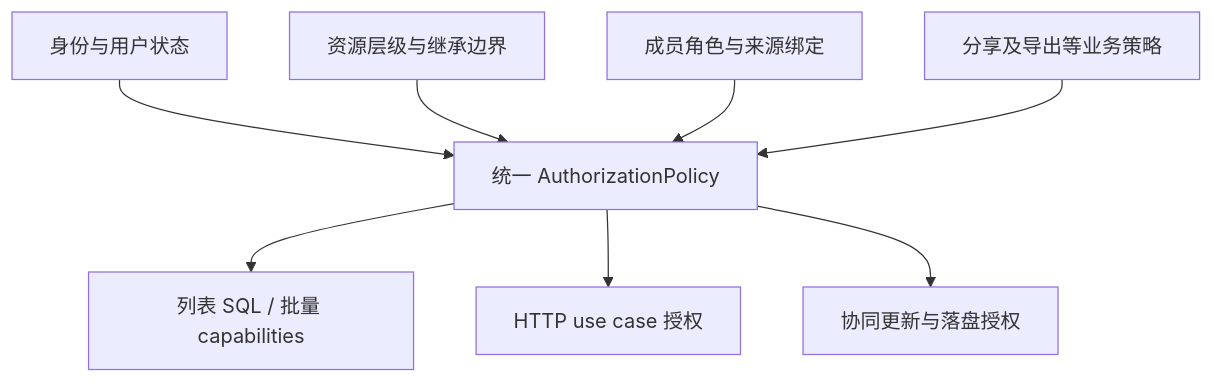
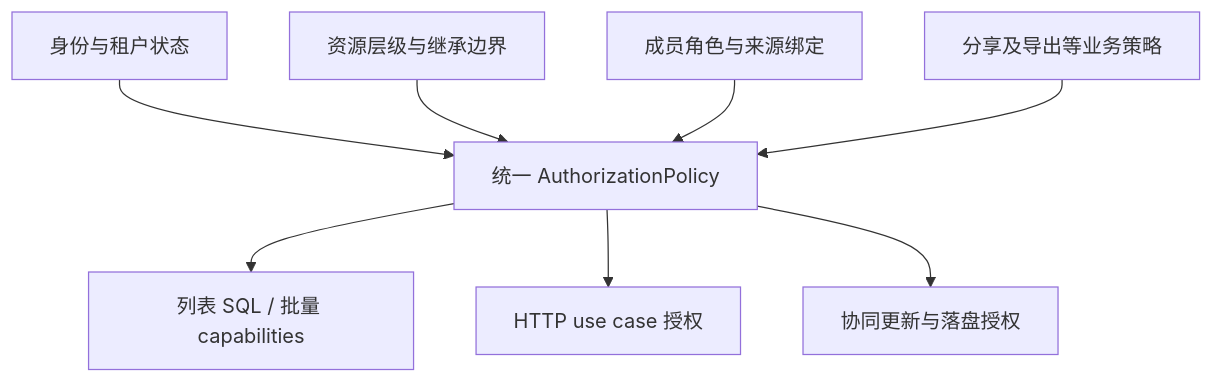
One commit to hu-bo/zhishu changed the diagram in docs/permission-audit-and-design.md. Above: the diagram before and after it, drawn with Mermaid. The commit also changed other lines of this file and 106 other files, not shown here.

````diff
--- a/docs/permission-audit-and-design.md
+++ b/docs/permission-audit-and-design.md
@@ -300,10 +300,10 @@
 ```mermaid
 flowchart TD
-  I[身份与用户状态] --> P[统一 AuthorizationPolicy]
+  I[身份与租户状态] --> P[统一 AuthorizationPolicy]
   R[资源层级与继承边界] --> P
   B[成员角色与来源绑定] --> P
   G[分享及导出等业务策略] --> P
   P --> Q[列表 SQL / 批量 capabilities]
   P --> A[HTTP use case 授权]
   P --> W[协同更新与落盘授权]
 ```
````
